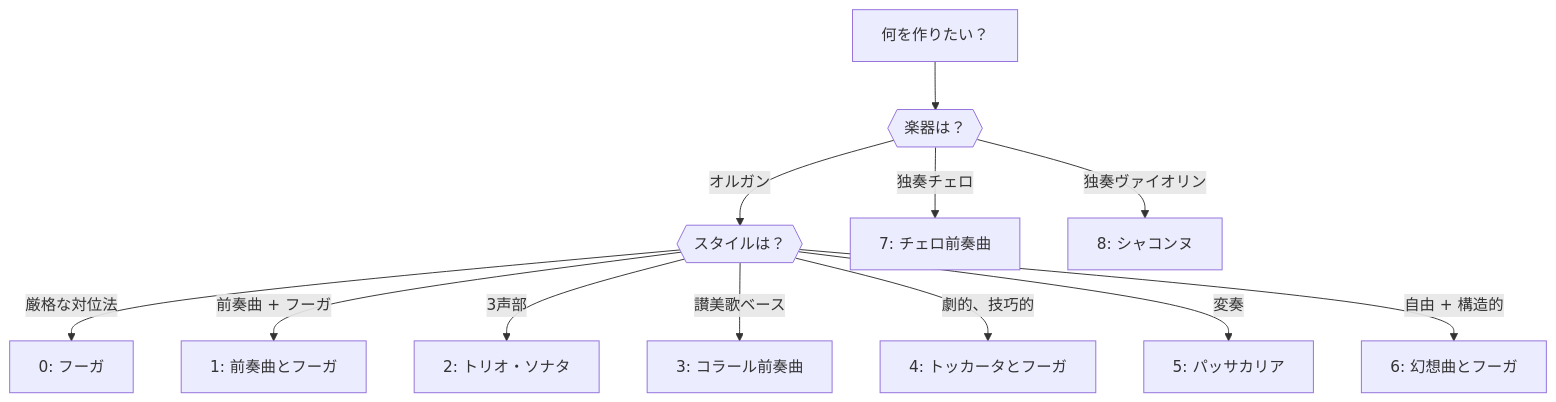
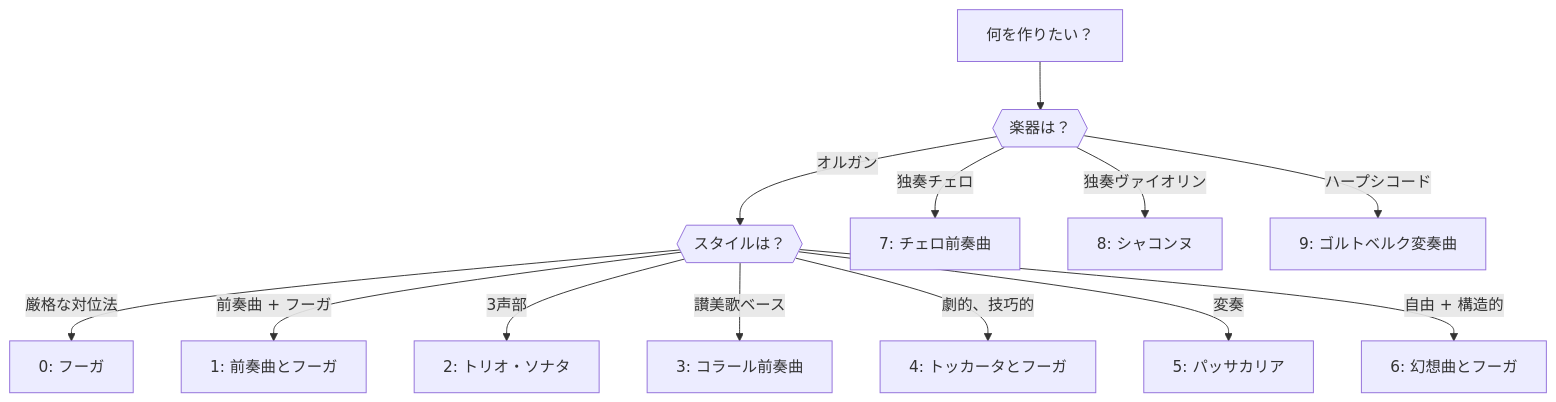
The diagram in src/ja/docs/presets.md (libraz/midi-sketch-bach-homepage), drawn with Mermaid before and after one commit. The commit also changed other lines of this file and 34 other files, not shown here.

````diff
--- a/src/ja/docs/presets.md
+++ b/src/ja/docs/presets.md
@@ -28,14 +33,15 @@
 ```mermaid
 graph TD
     A["何を作りたい？"] --> B{{"楽器は？"}}
     B -->|"オルガン"| C{{"スタイルは？"}}
     B -->|"独奏チェロ"| D["7: チェロ前奏曲"]
     B -->|"独奏ヴァイオリン"| E["8: シャコンヌ"]
+    B -->|"ハープシコード"| M["9: ゴルトベルク変奏曲"]
     C -->|"厳格な対位法"| F["0: フーガ"]
     C -->|"前奏曲 + フーガ"| G["1: 前奏曲とフーガ"]
     C -->|"3声部"| H["2: トリオ・ソナタ"]
     C -->|"讃美歌ベース"| I["3: コラール前奏曲"]
     C -->|"劇的、技巧的"| J["4: トッカータとフーガ"]
     C -->|"変奏"| K["5: パッサカリア"]
     C -->|"自由 + 構造的"| L["6: 幻想曲とフーガ"]
 ```
````
